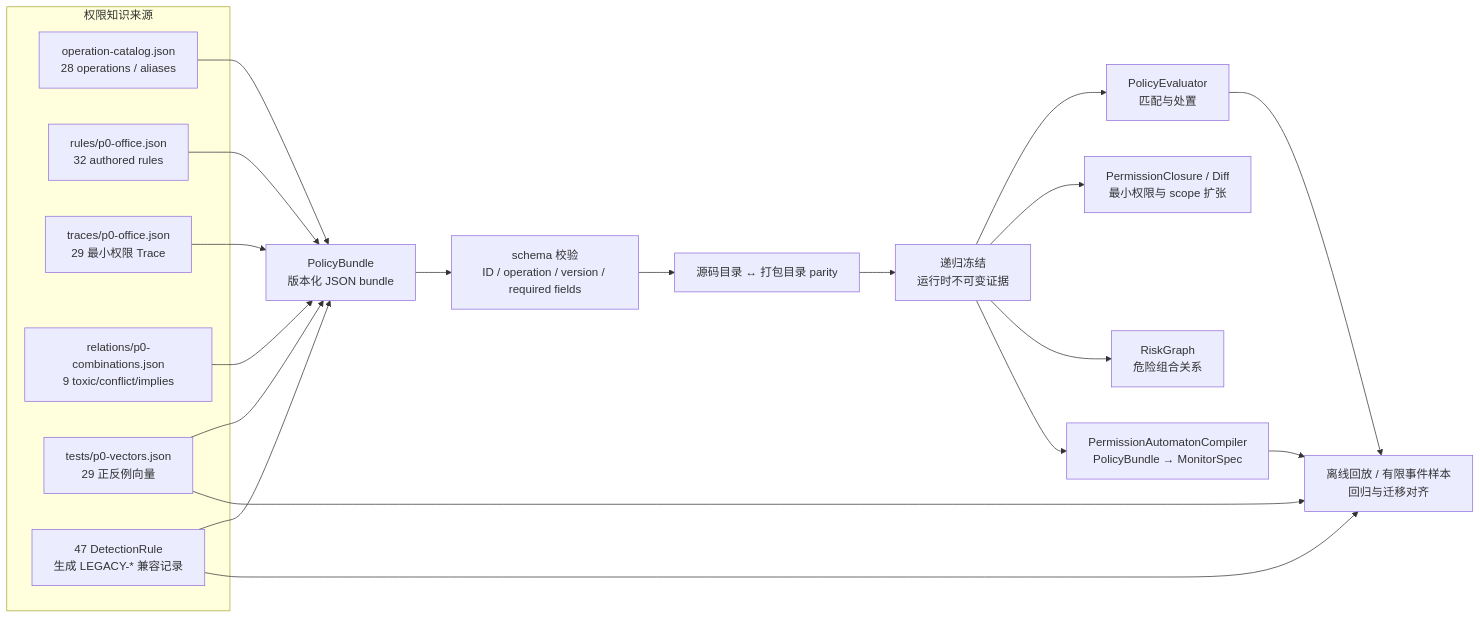
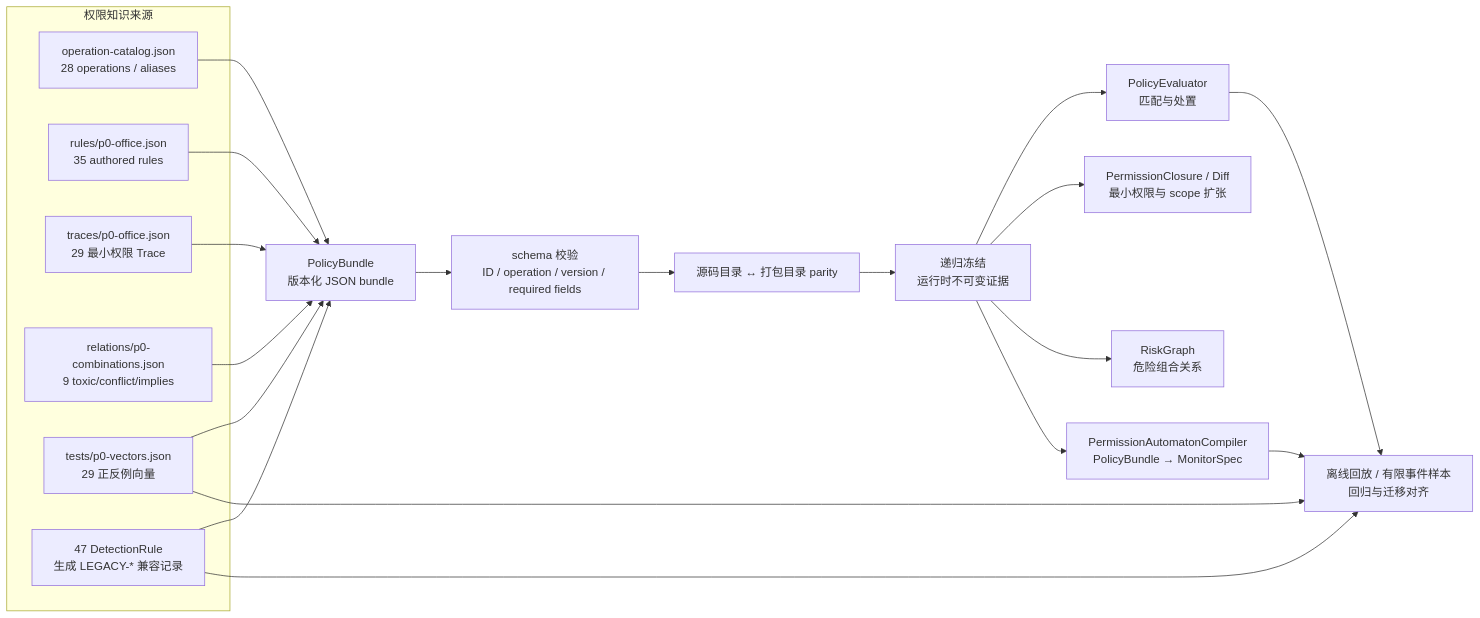
The third of 4 diagrams in docs/architecture/permission-modeling-diagrams.md (HorizonExploration/RVguarder), drawn with Mermaid before and after one commit. The commit also changed 67 other files, not shown here.

````diff
--- a/docs/architecture/permission-modeling-diagrams.md
+++ b/docs/architecture/permission-modeling-diagrams.md
@@ -113,29 +113,29 @@
 ```mermaid
 flowchart LR
     subgraph SRC[权限知识来源]
         CATALOG[operation-catalog.json\n28 operations / aliases]
-        RULES[rules/p0-office.json\n32 authored rules]
+        RULES[rules/p0-office.json\n35 authored rules]
         TRACE[traces/p0-office.json\n29 最小权限 Trace]
         REL[relations/p0-combinations.json\n9 toxic/conflict/implies]
         VEC[tests/p0-vectors.json\n29 正反例向量]
         LEG[47 DetectionRule\n生成 LEGACY-* 兼容记录]
     end
 
     BUNDLE[PolicyBundle\n版本化 JSON bundle]
     SCHEMA[schema 校验\nID / operation / version / required fields]
     PARITY[源码目录 ↔ 打包目录 parity]
     FREEZE[递归冻结\n运行时不可变证据]
     EVAL[PolicyEvaluator\n匹配与处置]
     CLOSURE[PermissionClosure / Diff\n最小权限与 scope 扩张]
     GRAPH[RiskGraph\n危险组合关系]
     COMP[PermissionAutomatonCompiler\nPolicyBundle → MonitorSpec]
     TEST[离线回放 / 有限事件样本\n回归与迁移对齐]
 
     CATALOG & RULES & TRACE & REL & VEC & LEG --> BUNDLE
     BUNDLE --> SCHEMA --> PARITY --> FREEZE
     FREEZE --> EVAL & CLOSURE & GRAPH & COMP
     VEC --> TEST
     LEG --> TEST
     EVAL --> TEST
     COMP --> TEST
 ```
````
